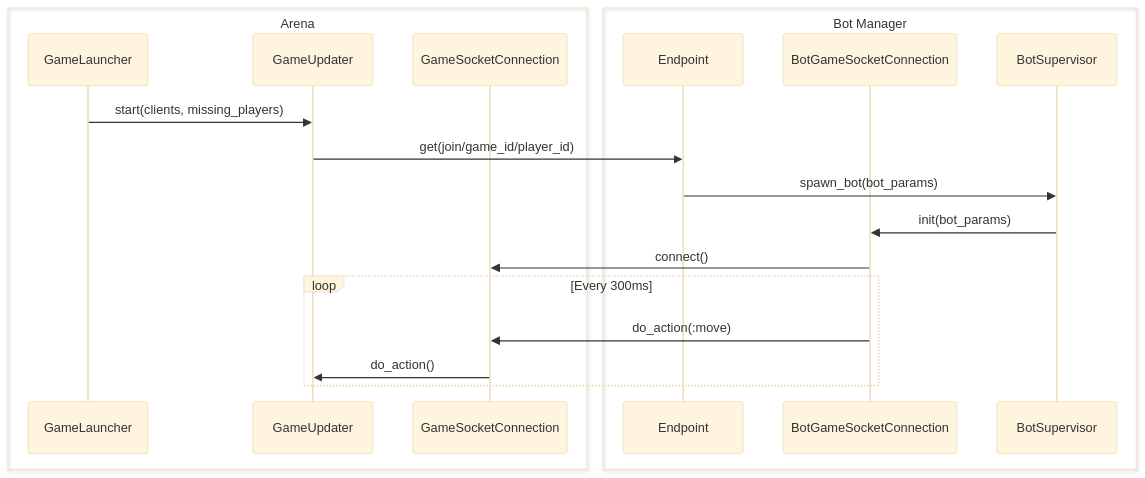
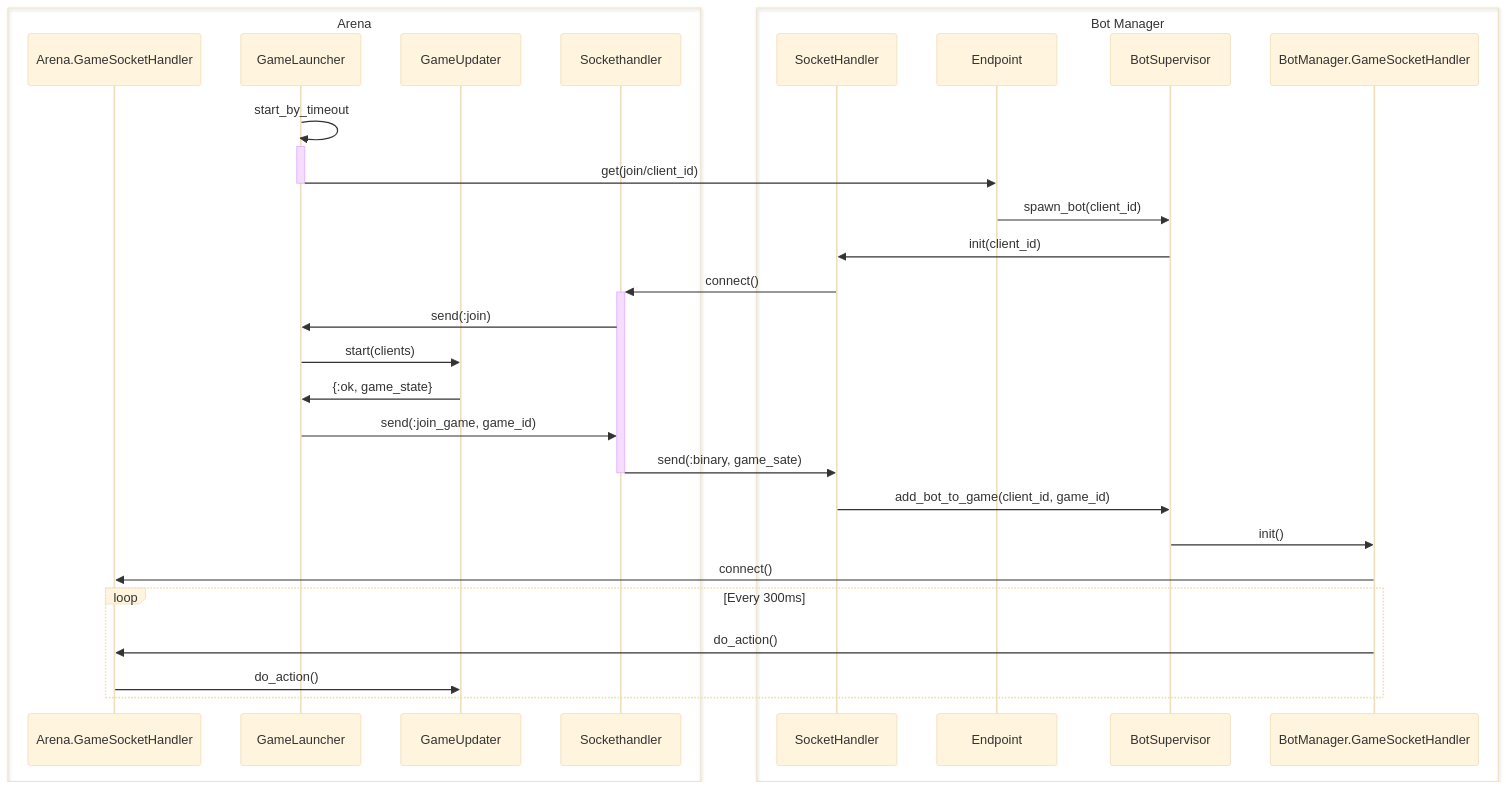
The diagram in apps/bot_manager/README.md (lambdaclass/mirra_backend), drawn with Mermaid (base theme) before and after one commit.

Commit message:
Change mermaid on readme due to new logic

````diff
--- a/apps/bot_manager/README.md
+++ b/apps/bot_manager/README.md
@@ -12,23 +12,39 @@
 ```mermaid
 sequenceDiagram
+
     box  Arena
+    participant Arena.GameSocketHandler
     participant GameLauncher
     participant GameUpdater
-    participant GameSocketConnection
+    participant Sockethandler
     end
     box  Bot Manager
+    participant SocketHandler
     participant Endpoint
-    participant BotGameSocketConnection
     participant BotSupervisor
+    participant BotManager.GameSocketHandler
     end
 
-    GameLauncher->>GameUpdater:start(clients, missing_players) 
-    GameUpdater->>Endpoint:get(join/game_id/player_id)
-    Endpoint->>BotSupervisor:spawn_bot(bot_params)
-    BotSupervisor->>BotGameSocketConnection:init(bot_params)
-    BotGameSocketConnection->>GameSocketConnection:connect()
+    GameLauncher->>+GameLauncher:start_by_timeout
+    GameLauncher->>-Endpoint:get(join/client_id)
+    Endpoint->>BotSupervisor:spawn_bot(client_id)
+    BotSupervisor->>SocketHandler:init(client_id)
+    SocketHandler->>+Sockethandler:connect()
+    Sockethandler->>GameLauncher: send(:join)
+    GameLauncher->>GameUpdater:start(clients) 
+    GameUpdater->>GameLauncher:{:ok, game_state} 
+    GameLauncher->>Sockethandler: send(:join_game, game_id)
+    Sockethandler->>-SocketHandler:send(:binary, game_sate)
+    SocketHandler->>BotSupervisor:add_bot_to_game(client_id, game_id)
+    BotSupervisor->>BotManager.GameSocketHandler:init()
+    BotManager.GameSocketHandler->>Arena.GameSocketHandler:connect()
+
+
     loop Every 300ms
-        BotGameSocketConnection->>GameSocketConnection: do_action(:move)
-        GameSocketConnection->>GameUpdater:do_action()
+        BotManager.GameSocketHandler->>Arena.GameSocketHandler: do_action()
+        Arena.GameSocketHandler->>GameUpdater:do_action()
     end
+    
+
+
 ```
````
